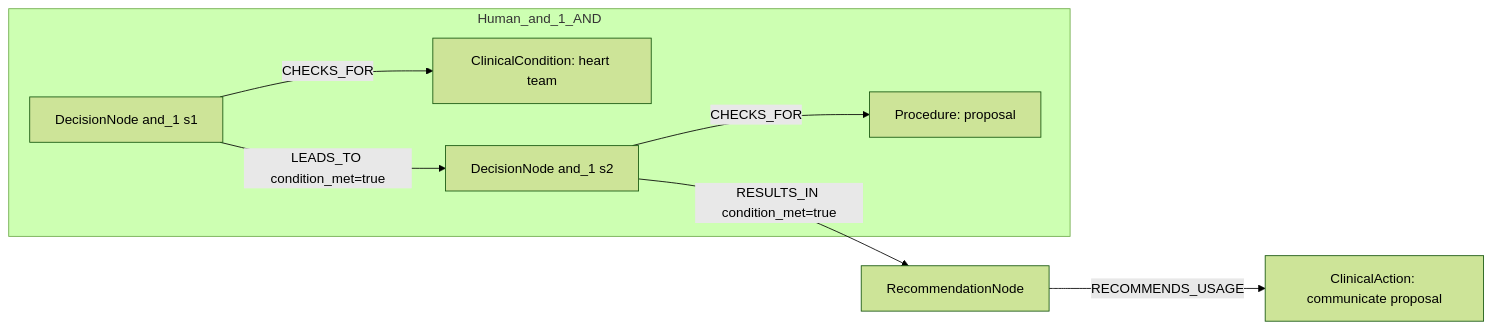
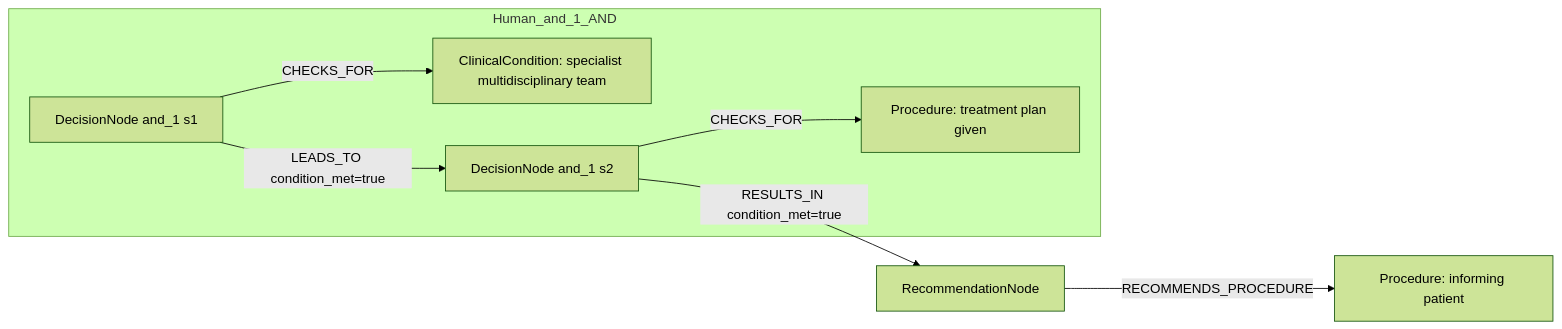
Before and after one commit to dieterich-lab/CardioGuidelinesGraph: the first of 2 diagrams in docs/table22_rows_comparison/row_03.md, drawn with Mermaid (forest theme). The commit also changed other lines of this file and 27 other files, not shown here.

````diff
--- a/docs/table22_rows_comparison/row_03.md
+++ b/docs/table22_rows_comparison/row_03.md
@@ -110,16 +88,16 @@
 ```mermaid
 graph LR
   REC[RecommendationNode]
-  ACT1[ClinicalAction: communicate proposal]
-  REC -->|RECOMMENDS_USAGE| ACT1
+  ACT1[Procedure: informing patient]
+  REC -->|RECOMMENDS_PROCEDURE| ACT1
   subgraph Human_and_1_AND
     D_and_1_1[DecisionNode and_1 s1]
-    C_and_1_1[ClinicalCondition: heart team]
+    C_and_1_1[ClinicalCondition: specialist multidisciplinary team]
     D_and_1_1 -->|CHECKS_FOR| C_and_1_1
     D_and_1_2[DecisionNode and_1 s2]
-    C_and_1_2[Procedure: proposal]
+    C_and_1_2[Procedure: treatment plan given]
     D_and_1_2 -->|CHECKS_FOR| C_and_1_2
     D_and_1_1 -->|LEADS_TO condition_met=true| D_and_1_2
   end
   D_and_1_2 -->|RESULTS_IN condition_met=true| REC
 ```
````
